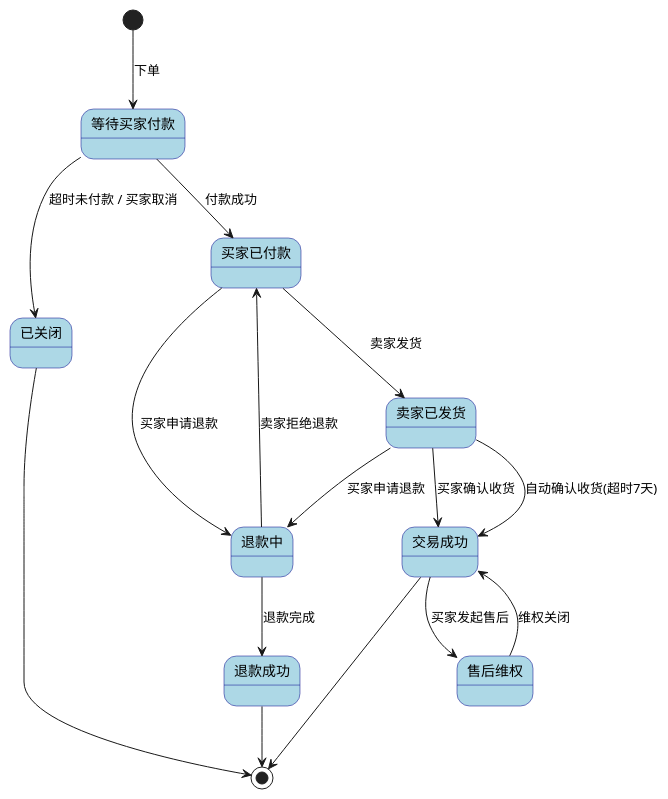
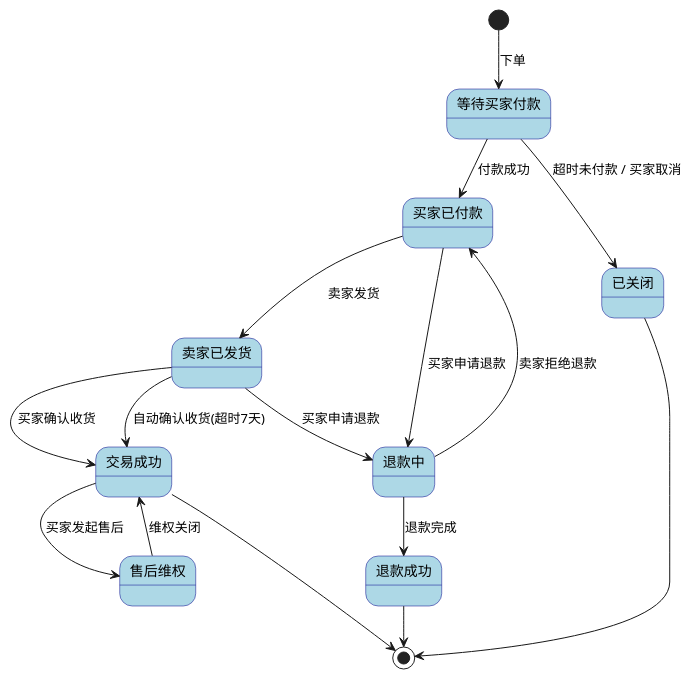
One commit to cloud-native-tools/cws-lib-bash changed the sixth of 7 diagrams in .specify/skills/draw-plantuml/references/howto/09-state-machine-diagram.md. Above: the diagram before and after it, drawn with PlantUML. The commit also changed other lines of this file and 427 other files, not shown here.

````diff
--- a/.specify/skills/draw-plantuml/references/howto/09-state-machine-diagram.md
+++ b/.specify/skills/draw-plantuml/references/howto/09-state-machine-diagram.md
@@ -136,30 +136,41 @@
 ```plantuml
 @startuml
+' Semantic: Entry=[*], Hub=买家已付款, Edge=退款中/卖家已发货, Sink=交易成功/已关闭
+
 skinparam state {
   BackgroundColor LightBlue
   BorderColor DarkBlue
 }
+skinparam nodesep 30
+skinparam ranksep 40
 
 [*] --> 等待买家付款 : 下单
 
-等待买家付款 --> 已关闭 : 超时未付款 / 买家取消
+' 隐藏连线控制状态排列顺序
+等待买家付款 -[hidden]r-> 买家已付款
+
+' == 正常路径 ==
 等待买家付款 --> 买家已付款 : 付款成功
-
 买家已付款 --> 卖家已发货 : 卖家发货
-买家已付款 --> 退款中 : 买家申请退款
-
 卖家已发货 --> 交易成功 : 买家确认收货
 卖家已发货 --> 交易成功 : 自动确认收货(超时7天)
+
+' == 取消路径 ==
+等待买家付款 --> 已关闭 : 超时未付款 / 买家取消
+
+' == 退款路径 ==
+买家已付款 --> 退款中 : 买家申请退款
 卖家已发货 --> 退款中 : 买家申请退款
-
 退款中 --> 买家已付款 : 卖家拒绝退款
 退款中 --> 退款成功 : 退款完成
 
+' == 售后路径 ==
 交易成功 --> 售后维权 : 买家发起售后
 售后维权 --> 交易成功 : 维权关闭
 
+' == 终止状态 ==
 交易成功 --> [*]
 已关闭 --> [*]
 退款成功 --> [*]
 @enduml
 ```
````
